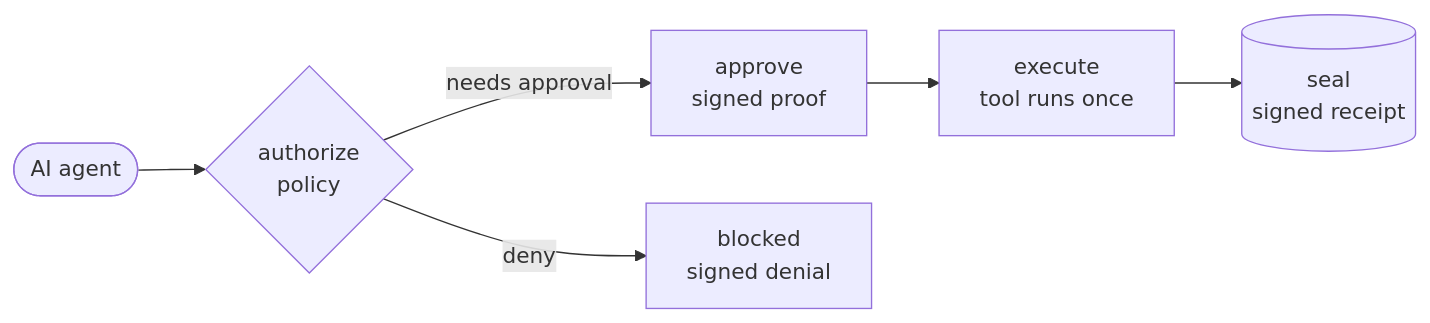
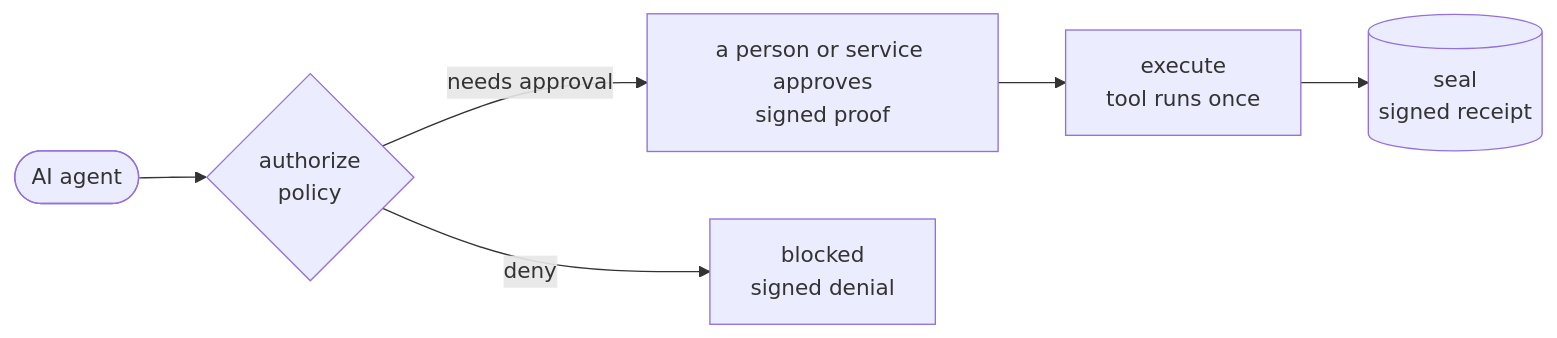
Before and after one commit to chokonaira/permitrail: the diagram in README.md, drawn with Mermaid. The commit also changed other lines of this file and 17 other files, not shown here.

````diff
--- a/README.md
+++ b/README.md
@@ -18,8 +18,8 @@
 ```mermaid
 flowchart LR
     A(["AI agent"]) --> P{"authorize<br/>policy"}
-    P -->|"needs approval"| V["approve<br/>signed proof"]
+    P -->|"needs approval"| V["a person or service approves<br/>signed proof"]
     P -->|"deny"| X["blocked<br/>signed denial"]
     V --> E["execute<br/>tool runs once"]
     E --> S[("seal<br/>signed receipt")]
 ```
````
